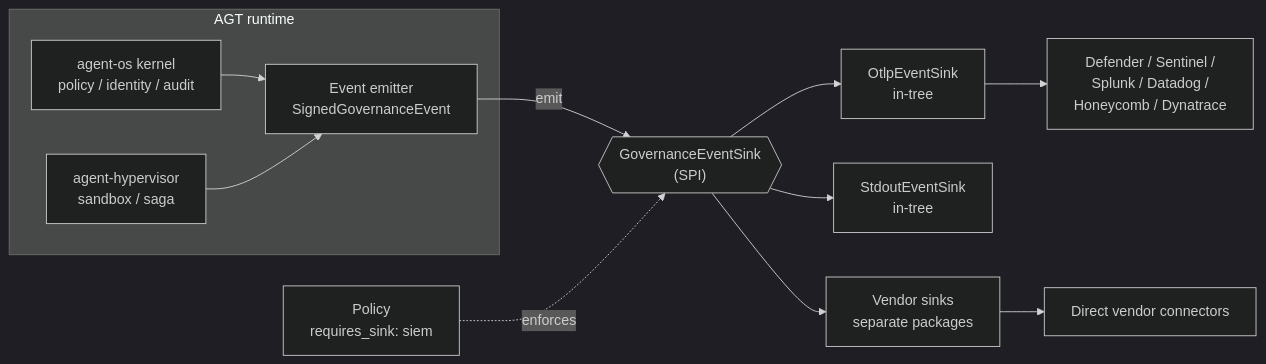
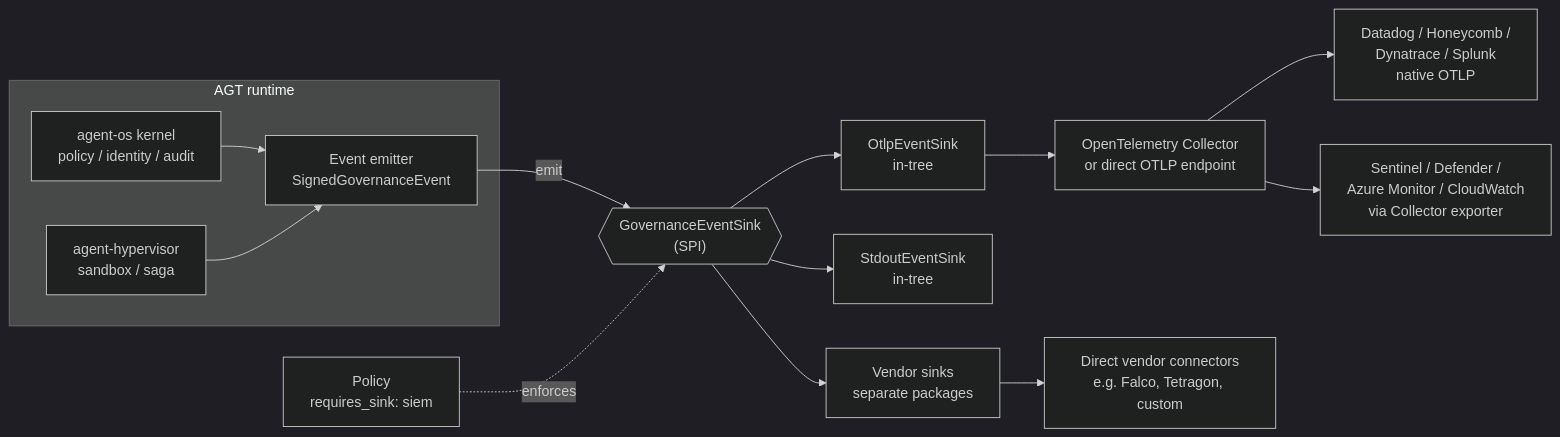
Before and after one commit to psi16181918161phi/agent-governance-toolkit: the diagram in docs/proposals/GOVERNANCE-EVENT-SINK-SPI.md, drawn with Mermaid (dark theme). The commit also changed other lines of this file, not shown here.

Commit message:
docs: clarify OTLP path uses OTel Collector for non-native backends

````diff
--- a/docs/proposals/GOVERNANCE-EVENT-SINK-SPI.md
+++ b/docs/proposals/GOVERNANCE-EVENT-SINK-SPI.md
@@ -41,21 +41,23 @@
 ```mermaid
 flowchart LR
     subgraph AGT["AGT runtime"]
         K[agent-os kernel<br/>policy / identity / audit]
         H[agent-hypervisor<br/>sandbox / saga]
         E[Event emitter<br/>SignedGovernanceEvent]
         K --> E
         H --> E
     end
 
     E -->|emit| I{{"GovernanceEventSink<br/>(SPI)"}}
 
     I --> O[OtlpEventSink<br/>in-tree]
     I --> S[StdoutEventSink<br/>in-tree]
     I --> V[Vendor sinks<br/>separate packages]
 
-    O --> D[Defender / Sentinel /<br/>Splunk / Datadog /<br/>Honeycomb / Dynatrace]
-    V --> X[Direct vendor connectors]
+    O --> C[OpenTelemetry Collector<br/>or direct OTLP endpoint]
+    C --> D[Datadog / Honeycomb /<br/>Dynatrace / Splunk<br/>native OTLP]
+    C --> M[Sentinel / Defender /<br/>Azure Monitor / CloudWatch<br/>via Collector exporter]
+    V --> X[Direct vendor connectors<br/>e.g. Falco, Tetragon, custom]
 
     P[Policy<br/>requires_sink: siem] -. enforces .-> I
 ```
````
